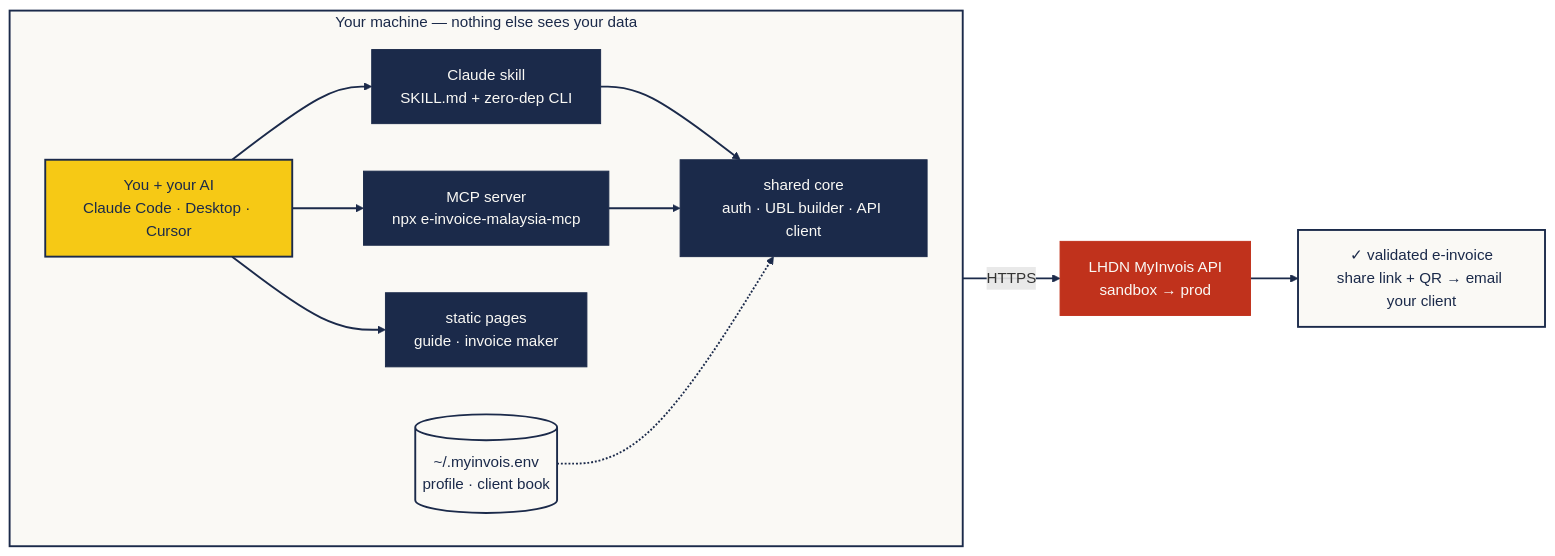
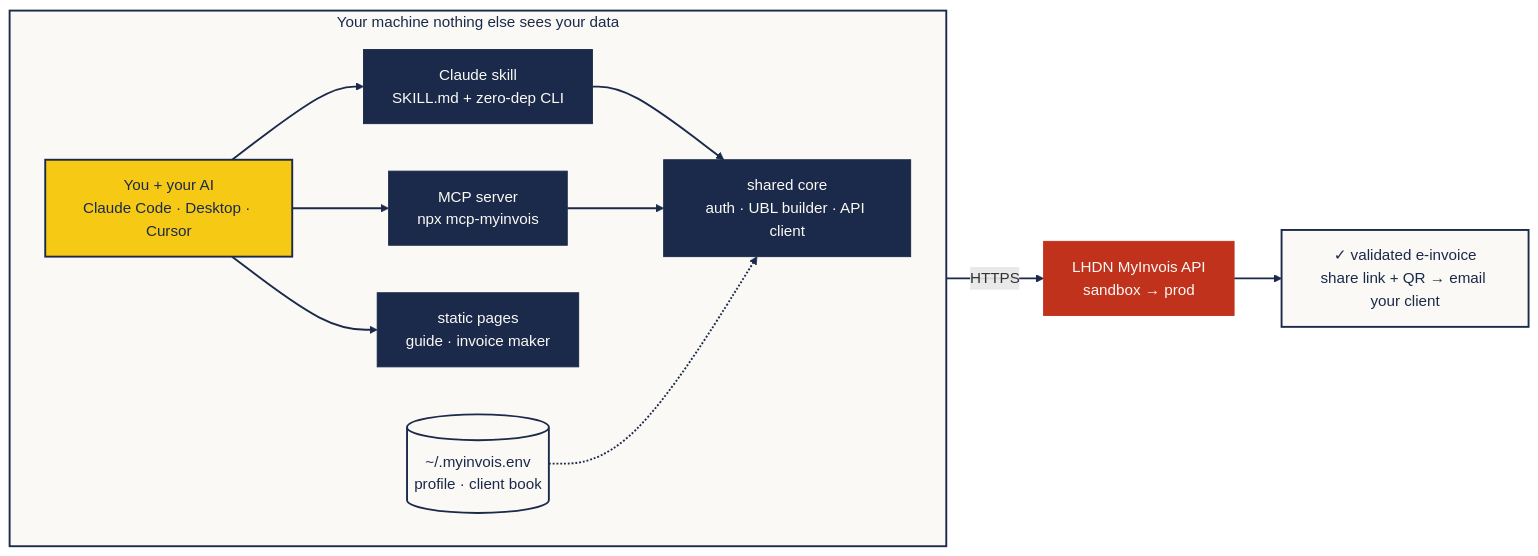
The second of 2 diagrams in README.md (techtemplemy/mcp-myinvois), drawn with Mermaid before and after one commit. The commit also changed other lines of this file and 47 other files, not shown here.

````diff
--- a/README.md
+++ b/README.md
@@ -130,31 +155,31 @@
 ```mermaid
 flowchart LR
-    subgraph yours["Your machine — nothing else sees your data"]
+    subgraph yours["Your machine  nothing else sees your data"]
         direction LR
         U["You + your AI<br/>Claude Code · Desktop · Cursor"]
         SK["Claude skill<br/>SKILL.md + zero-dep CLI"]
-        MCP["MCP server<br/>npx e-invoice-malaysia-mcp"]
+        MCP["MCP server<br/>npx mcp-myinvois"]
         WEB["static pages<br/>guide · invoice maker"]
         LIB["shared core<br/>auth · UBL builder · API client"]
         CFG[("~/.myinvois.env<br/>profile · client book")]
         U --> SK
         U --> MCP
         U --> WEB
         SK --> LIB
         MCP --> LIB
         CFG -.-> LIB
     end
     LIB ==>|HTTPS| LHDN["LHDN MyInvois API<br/>sandbox → prod"]
     LHDN --> OUT["✓ validated e-invoice<br/>share link + QR → email your client"]
 
     classDef ask fill:#F6C915,stroke:#1B2A4A,stroke-width:2px,color:#1B2A4A
     classDef comp fill:#1B2A4A,stroke:#1B2A4A,color:#FAF9F5
     classDef store fill:#FAF9F5,stroke:#1B2A4A,stroke-width:2px,color:#1B2A4A
     classDef gov fill:#C0321C,stroke:#C0321C,color:#FAF9F5
     class U ask
     class SK,MCP,WEB,LIB comp
     class CFG,OUT store
     class LHDN gov
     style yours fill:#FAF9F5,stroke:#1B2A4A,stroke-width:2px,color:#1B2A4A
     linkStyle default stroke:#1B2A4A,stroke-width:2px
 ```
````
